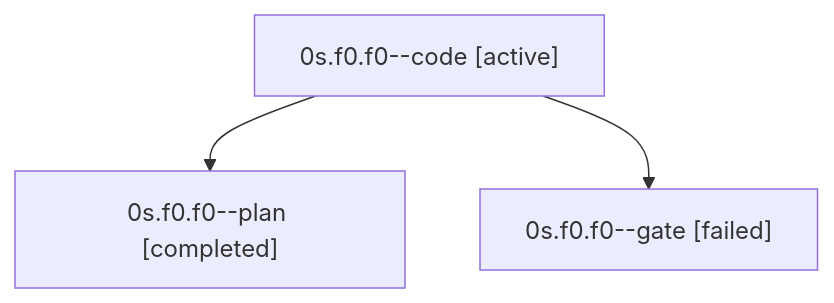
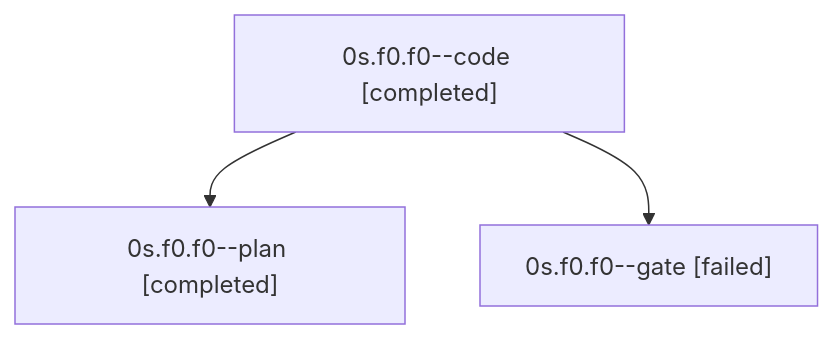
One commit to sase-org/sase--agents changed the diagram in families/bbugyi200.apollo.0s.f0.f0.md. Above: the diagram before and after it, drawn with Mermaid. The commit also changed other lines of this file and 88 other files, not shown here.

````diff
--- a/families/bbugyi200.apollo.0s.f0.f0.md
+++ b/families/bbugyi200.apollo.0s.f0.f0.md
@@ -9,8 +9,8 @@
 ```mermaid
 flowchart TD
-  n0["0s.f0.f0--code [active]"]
+  n0["0s.f0.f0--code [completed]"]
   n1["0s.f0.f0--plan [completed]"]
   n0 --> n1
   n2["0s.f0.f0--gate [failed]"]
   n0 --> n2
 ```
````
